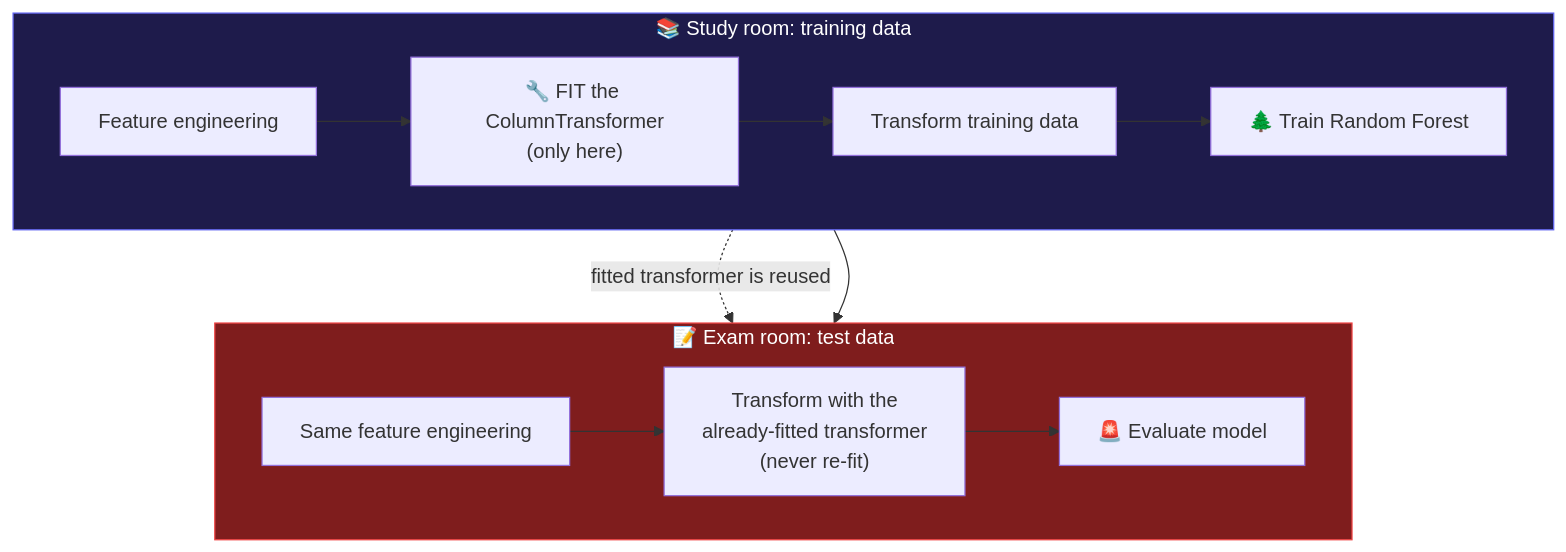
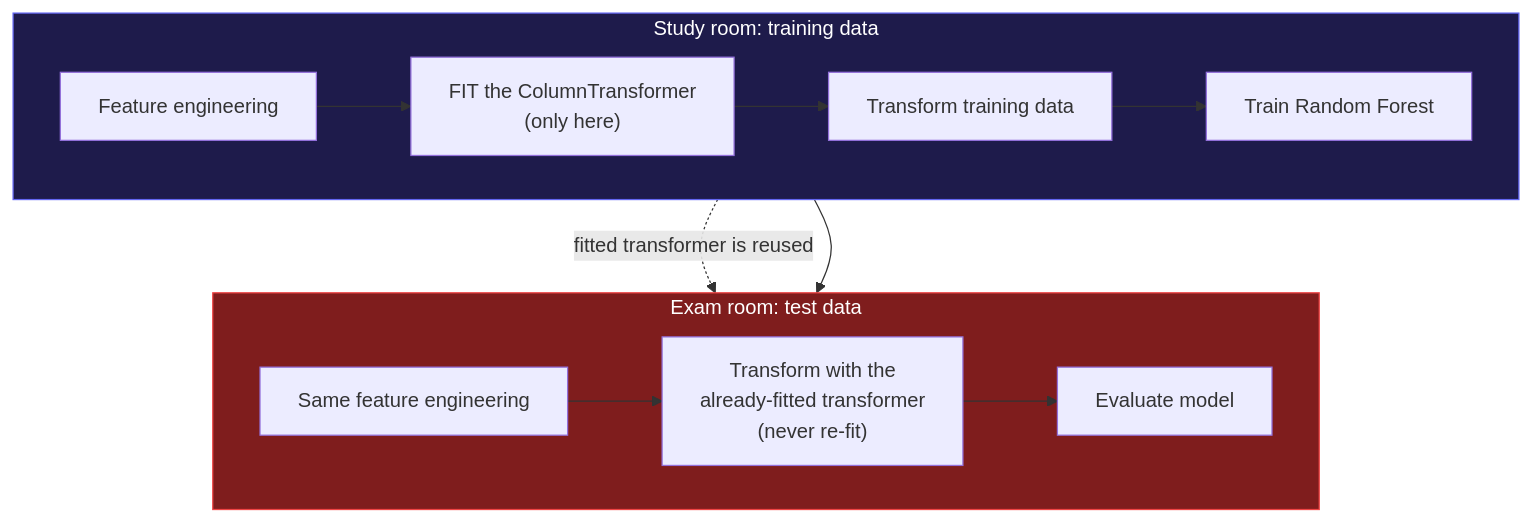
The fourth of 4 diagrams in README.md (khaled-amireh/Credit-Card-Fraud-Detection), drawn with Mermaid before and after one commit. The commit also changed other lines of this file, not shown here.

````diff
--- a/README.md
+++ b/README.md
@@ -260,18 +260,18 @@
 ```mermaid
 flowchart TB
-    subgraph TRAIN["📚 Study room: training data"]
+    subgraph TRAIN[" Study room: training data"]
         direction LR
-        T1["Feature engineering"] --> T2["🔧 FIT the ColumnTransformer<br/>(only here)"] --> T3["Transform training data"] --> T4["🌲 Train Random Forest"]
+        T1["Feature engineering"] --> T2[" FIT the ColumnTransformer<br/>(only here)"] --> T3["Transform training data"] --> T4[" Train Random Forest"]
     end
 
-    subgraph TEST["📝 Exam room: test data"]
+    subgraph TEST[" Exam room: test data"]
         direction LR
-        E1["Same feature engineering"] --> E2["Transform with the<br/>already-fitted transformer<br/>(never re-fit)"] --> E3["🚨 Evaluate model"]
+        E1["Same feature engineering"] --> E2["Transform with the<br/>already-fitted transformer<br/>(never re-fit)"] --> E3[" Evaluate model"]
     end
 
     T2 -. "fitted transformer is reused" .-> E2
     T4 --> E3
 
     style TRAIN fill:#1e1b4b,stroke:#6366f1,color:#fff
     style TEST fill:#7f1d1d,stroke:#ef4444,color:#fff
 ```
````
